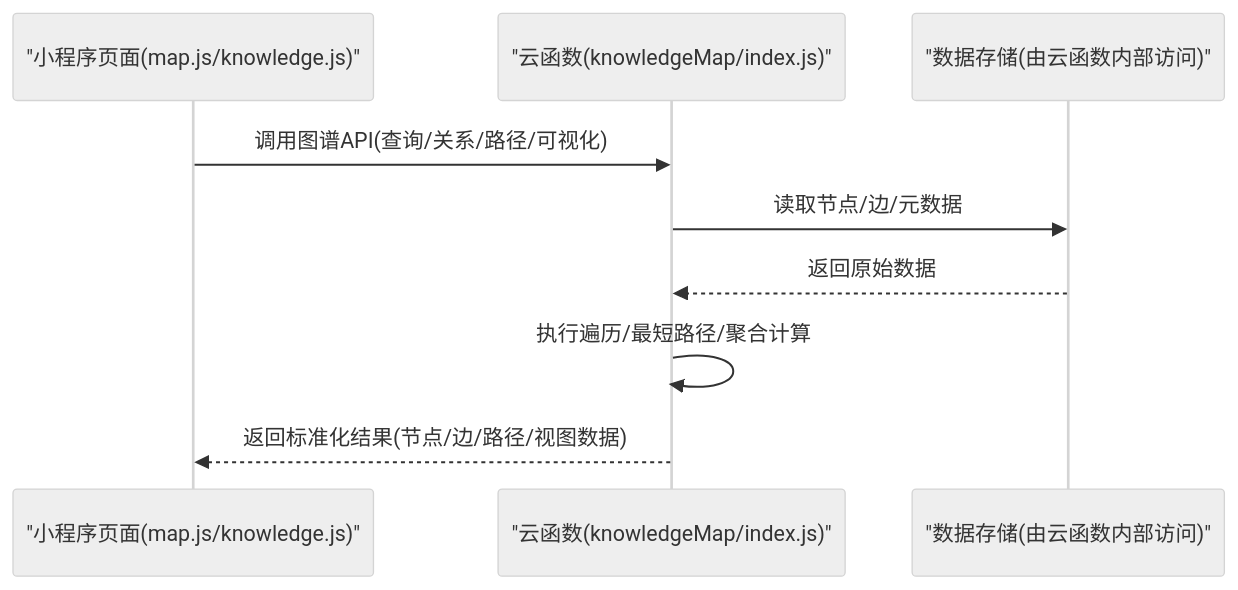
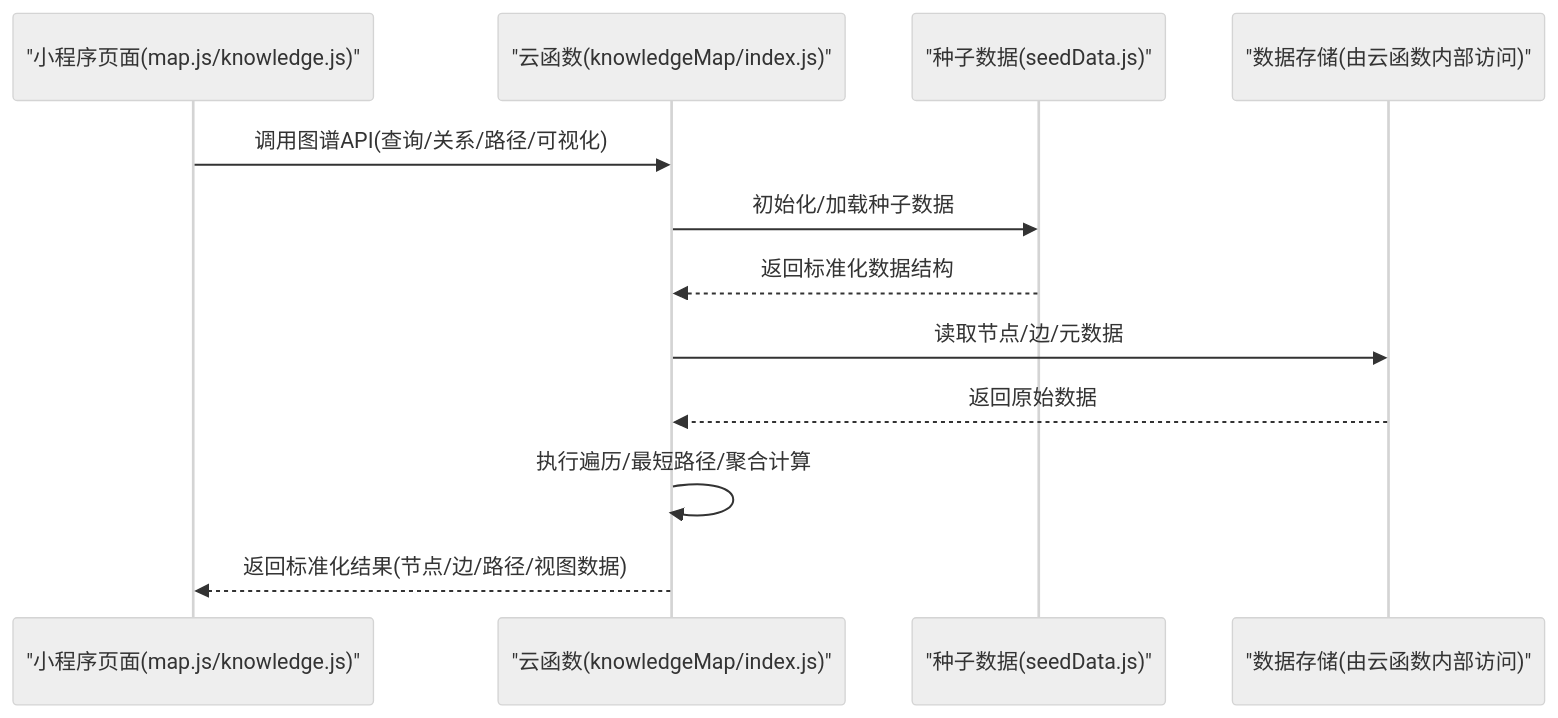
Before and after one commit to cwb7756/bio: the second of 4 diagrams in .qoder/repowiki/zh/content/API接口文档/知识图谱API.md, drawn with Mermaid (neutral theme). The commit also changed other lines of this file and 14 other files, not shown here.

First line of the commit message:
feat(knowledgeMap): 增强知识图谱功能，新增种子数据生成器

````diff
--- a/.qoder/repowiki/zh/content/API接口文档/知识图谱API.md
+++ b/.qoder/repowiki/zh/content/API接口文档/知识图谱API.md
@@ -79,11 +99,14 @@
 ```mermaid
 sequenceDiagram
 participant UI as "小程序页面(map.js/knowledge.js)"
 participant Cloud as "云函数(knowledgeMap/index.js)"
+participant Seed as "种子数据(seedData.js)"
 participant Store as "数据存储(由云函数内部访问)"
 UI->>Cloud : 调用图谱API(查询/关系/路径/可视化)
+Cloud->>Seed : 初始化/加载种子数据
+Seed-->>Cloud : 返回标准化数据结构
 Cloud->>Store : 读取节点/边/元数据
 Store-->>Cloud : 返回原始数据
 Cloud->>Cloud : 执行遍历/最短路径/聚合计算
 Cloud-->>UI : 返回标准化结果(节点/边/路径/视图数据)
 ```
````
